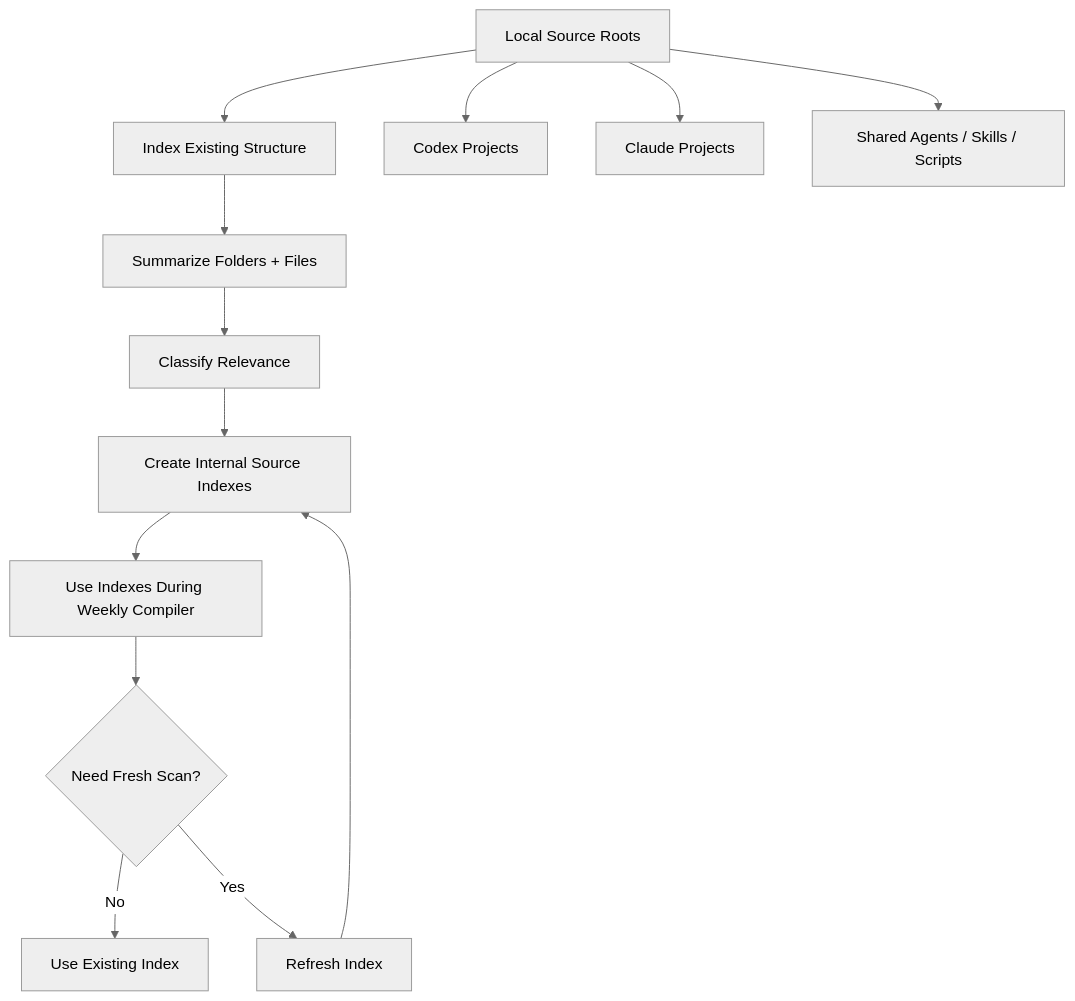
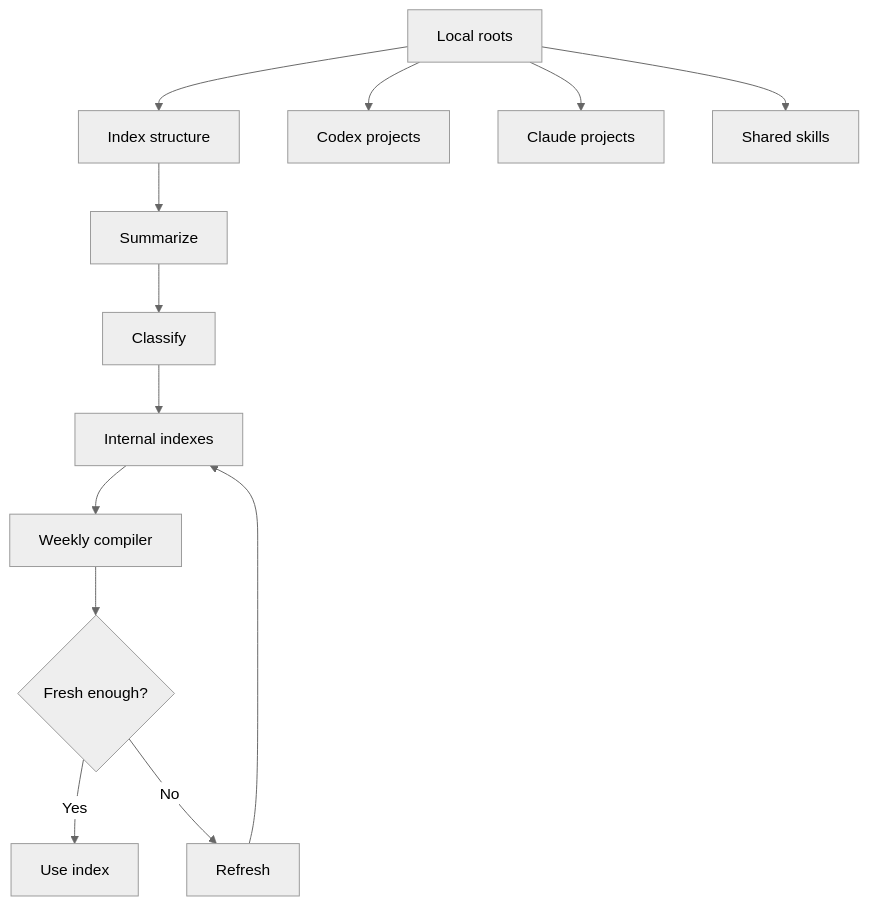
Before and after one commit to marcus-uden-dev/ai-native-proof-of-work: the diagram in diagrams/LOCAL_SOURCE_DISCOVERY_MODEL.md, drawn with Mermaid (neutral theme). The commit also changed other lines of this file and 78 other files, not shown here.

Commit message:
Reframe strategy and diagrams around project proof

````diff
--- a/diagrams/LOCAL_SOURCE_DISCOVERY_MODEL.md
+++ b/diagrams/LOCAL_SOURCE_DISCOVERY_MODEL.md
@@ -6,16 +6,16 @@
 ```mermaid
 flowchart TD
-    A[Local Source Roots] --> B[Index Existing Structure]
-    B --> C[Summarize Folders + Files]
-    C --> D[Classify Relevance]
-    D --> E[Create Internal Source Indexes]
-    E --> F[Use Indexes During Weekly Compiler]
-    F --> G{Need Fresh Scan?}
-    G -->|No| H[Use Existing Index]
-    G -->|Yes| I[Refresh Index]
+    A["Local roots"] --> B["Index structure"]
+    B --> C["Summarize"]
+    C --> D["Classify"]
+    D --> E["Internal indexes"]
+    E --> F["Weekly compiler"]
+    F --> G{"Fresh enough?"}
+    G -->|Yes| H["Use index"]
+    G -->|No| I["Refresh"]
     I --> E
 
-    A --> A1[Codex Projects]
-    A --> A2[Claude Projects]
-    A --> A3[Shared Agents / Skills / Scripts]
+    A --> A1["Codex projects"]
+    A --> A2["Claude projects"]
+    A --> A3["Shared skills"]
 ```
````
